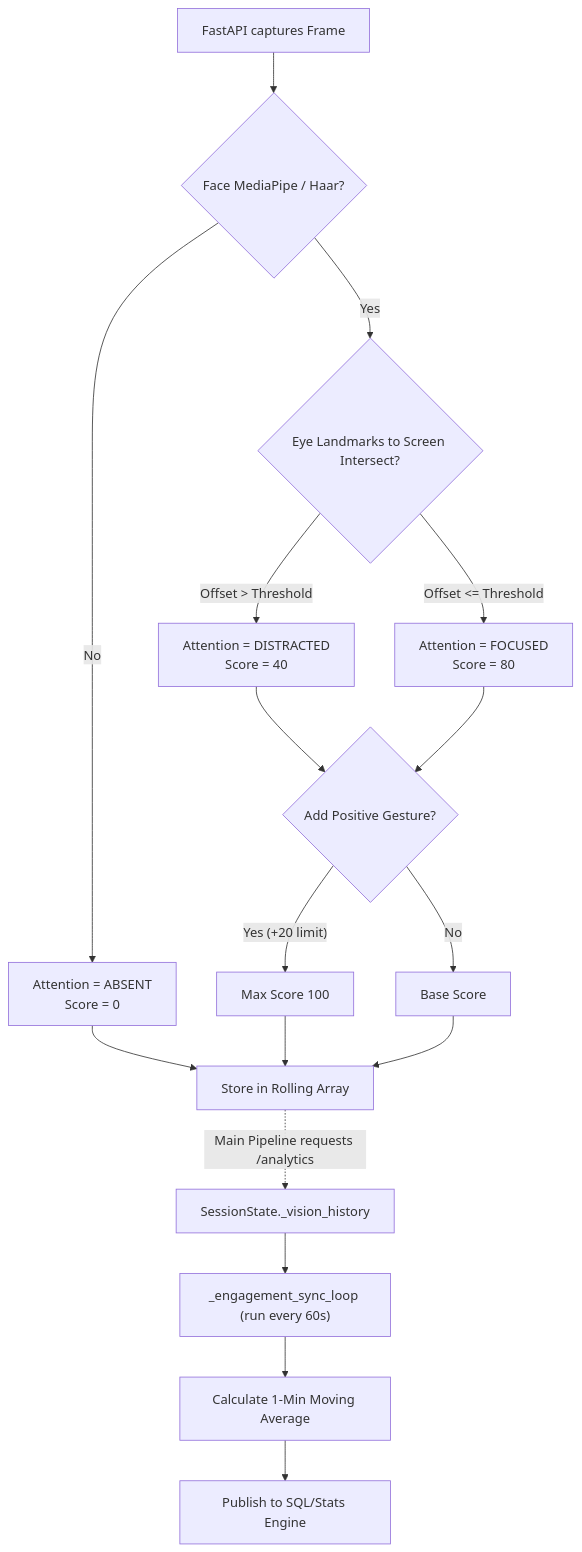
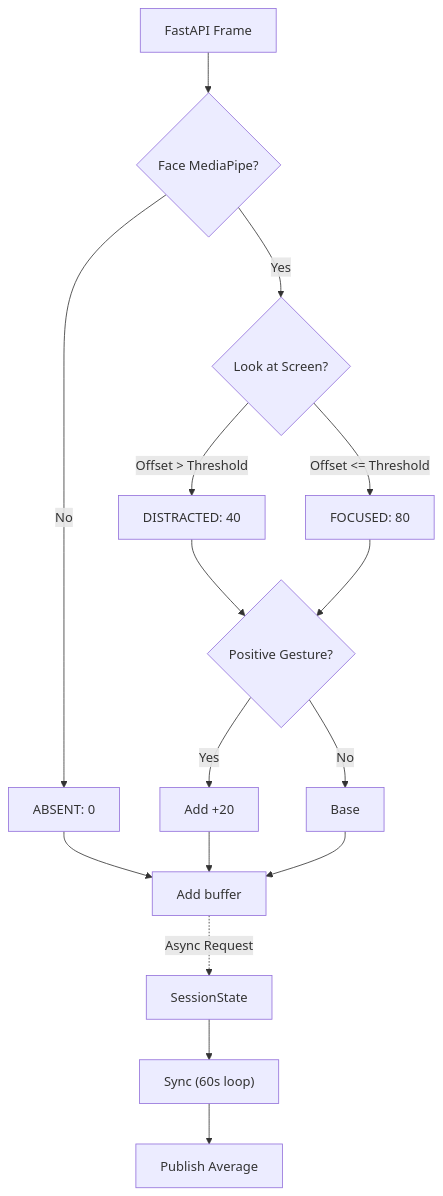
Before and after one commit to deepanmpc/LaRa: the tenth of 10 diagrams in ARCHITECTURE.md, drawn with Mermaid. The commit also changed other lines of this file, not shown here.

Commit message:
docs: refactor architecture diagrams for 2-column research paper optimization

````diff
--- a/ARCHITECTURE.md
+++ b/ARCHITECTURE.md
@@ -244,25 +193,24 @@
 ```mermaid
 flowchart TD
-    API["FastAPI captures Frame"] --> Haar{"Face MediaPipe / Haar?"}
+    API["FastAPI Frame"] --> Haar{"Face MediaPipe?"}
     
-    Haar -->|"No"| NullState["Attention = ABSENT\nScore = 0"]
-    Haar -->|"Yes"| Gaze{"Eye Landmarks to Screen Intersect?"}
+    Haar -->|"No"| NullState["ABSENT: 0"]
+    Haar -->|"Yes"| Gaze{"Look at Screen?"}
     
-    Gaze -->|"Offset > Threshold"| Dist["Attention = DISTRACTED\nScore = 40"]
-    Gaze -->|"Offset <= Threshold"| Foc["Attention = FOCUSED\nScore = 80"]
+    Gaze -->|"Offset > Threshold"| Dist["DISTRACTED: 40"]
+    Gaze -->|"Offset <= Threshold"| Foc["FOCUSED: 80"]
     
-    NullState --> Emit["Store in Rolling Array"]
-    Dist --> Gest{"Add Positive Gesture?"}
+    Dist --> Gest{"Positive Gesture?"}
     Foc --> Gest
     
-    Gest --> |"Yes (+20 limit)"| ModScore["Max Score 100"]
-    Gest --> |"No"| BaseScore["Base Score"]
+    Gest --> |"Yes"| ModScore["Add +20"]
+    Gest --> |"No"| BaseScore["Base"]
     
+    NullState --> Emit["Add buffer"]
     ModScore --> Emit
     BaseScore --> Emit
     
-    Emit -.-> |"Main Pipeline requests /analytics"| MainBuf["SessionState._vision_history"]
-    MainBuf --> Time["_engagement_sync_loop (run every 60s)"]
-    Time --> Calc["Calculate 1-Min Moving Average"]
-    Calc --> DBPub["Publish to SQL/Stats Engine"]
+    Emit -.-> |"Async Request"| main["SessionState"]
+    main --> Time["Sync (60s loop)"]
+    Time --> DBPub["Publish Average"]
 ```
````
